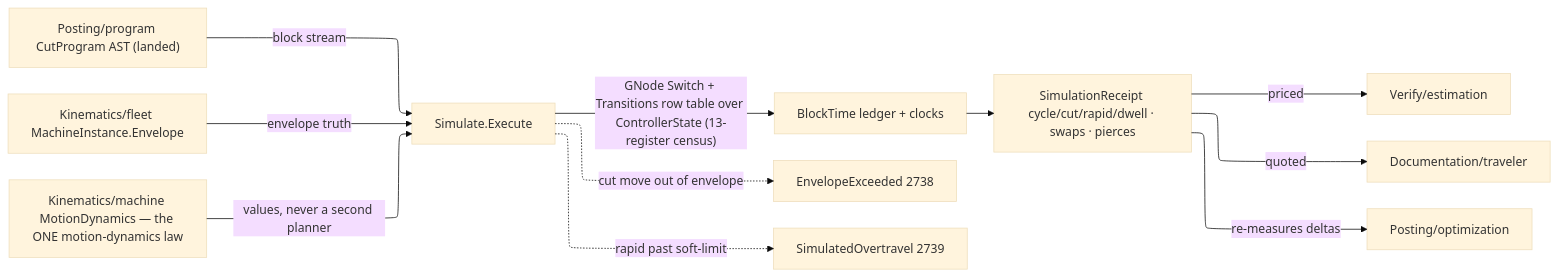
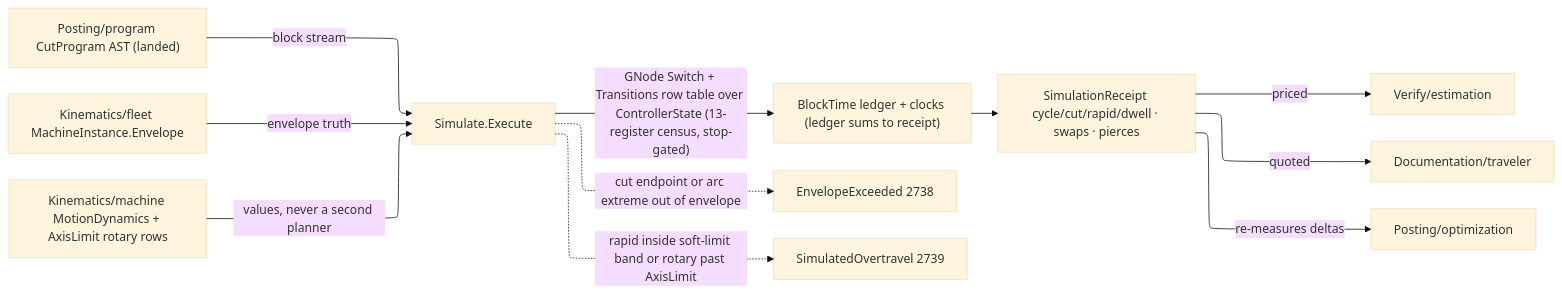
Before and after one commit to bsamiee/Rasm: the diagram in libs/csharp/Rasm.Fabrication/.planning/Verify/simulate.md, drawn with Mermaid. The commit also changed other lines of this file and 79 other files, not shown here.

````diff
--- a/libs/csharp/Rasm.Fabrication/.planning/Verify/simulate.md
+++ b/libs/csharp/Rasm.Fabrication/.planning/Verify/simulate.md
@@ -264,18 +329,18 @@
 ```mermaid
 ---
 config:
   layout: elk
   theme: base
 ---
 flowchart LR
     Program["Posting/program CutProgram AST (landed)"] -->|block stream| Execute["Simulate.Execute"]
     Fleet["Kinematics/fleet MachineInstance.Envelope"] -->|envelope truth| Execute
-    Limits["Kinematics/machine MotionDynamics — the ONE motion-dynamics law"] -->|values, never a second planner| Execute
-    Execute -->|"GNode Switch + Transitions row table over ControllerState (13-register census)"| Ledger["BlockTime ledger + clocks"]
+    Limits["Kinematics/machine MotionDynamics + AxisLimit rotary rows"] -->|values, never a second planner| Execute
+    Execute -->|"GNode Switch + Transitions row table over ControllerState (13-register census, stop-gated)"| Ledger["BlockTime ledger + clocks (ledger sums to receipt)"]
     Ledger --> Receipt["SimulationReceipt cycle/cut/rapid/dwell · swaps · pierces"]
-    Execute -.->|cut move out of envelope| E1["EnvelopeExceeded 2738"]
-    Execute -.->|rapid past soft-limit| E2["SimulatedOvertravel 2739"]
+    Execute -.->|cut endpoint or arc extreme out of envelope| E1["EnvelopeExceeded 2738"]
+    Execute -.->|rapid inside soft-limit band or rotary past AxisLimit| E2["SimulatedOvertravel 2739"]
     Receipt -->|priced| Estimation["Verify/estimation"]
     Receipt -->|quoted| Traveler["Documentation/traveler"]
     Receipt -->|re-measures deltas| Optimization["Posting/optimization"]
 ```
````
